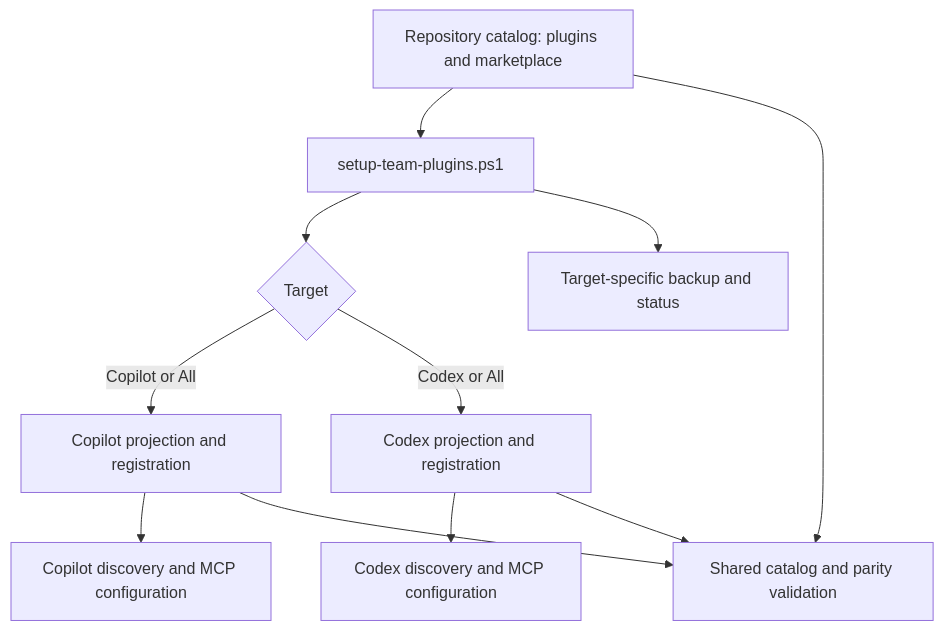
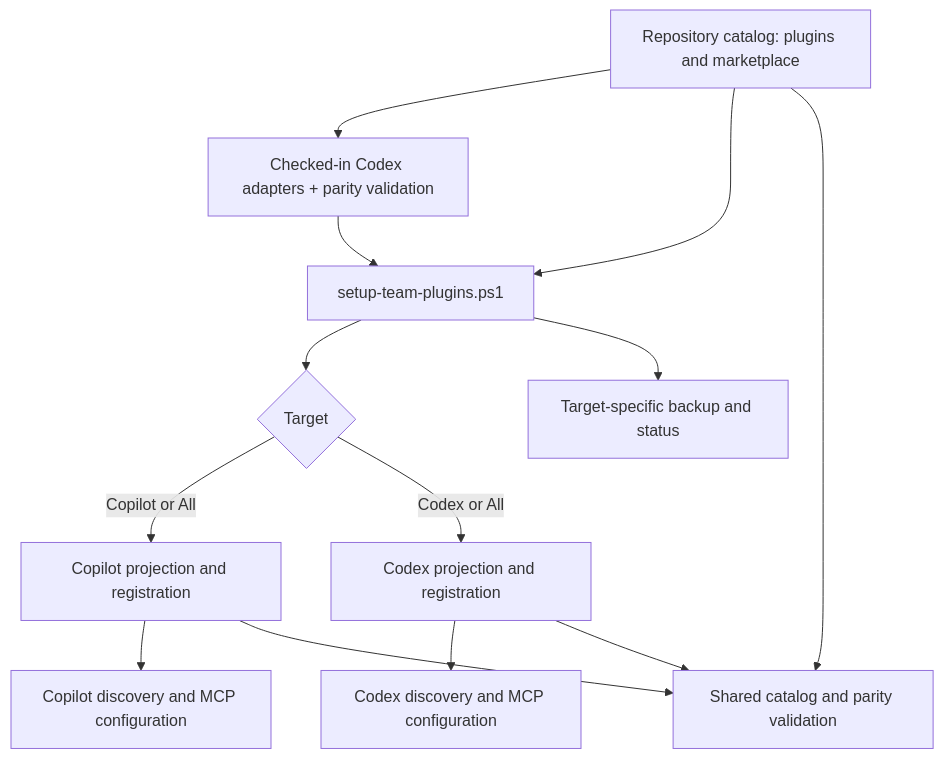
One commit to YuriChadour/powerbi-agentic-plugins changed the diagram in openspec/changes/adapt-plugins-and-agents-for-codex/design.md. Above: the diagram before and after it, drawn with Mermaid. The commit also changed other lines of this file and 15 other files, not shown here.

Commit message:
feat(FIN-1846): add checked-in Codex agent adapters

````diff
--- a/openspec/changes/adapt-plugins-and-agents-for-codex/design.md
+++ b/openspec/changes/adapt-plugins-and-agents-for-codex/design.md
@@ -25,13 +27,15 @@
 ```mermaid
 flowchart TD
-    R[Repository catalog: plugins and marketplace] --> S[setup-team-plugins.ps1]
+    R[Repository catalog: plugins and marketplace] --> P[Checked-in Codex adapters + parity validation]
+    P --> S[setup-team-plugins.ps1]
+    R --> S
     S --> T{Target}
     T -->|Copilot or All| CP[Copilot projection and registration]
     T -->|Codex or All| CX[Codex projection and registration]
     CP --> CD[Copilot discovery and MCP configuration]
     CX --> XD[Codex discovery and MCP configuration]
     R --> V[Shared catalog and parity validation]
     CP --> V
     CX --> V
     S --> D[Target-specific backup and status]
 ```
````
